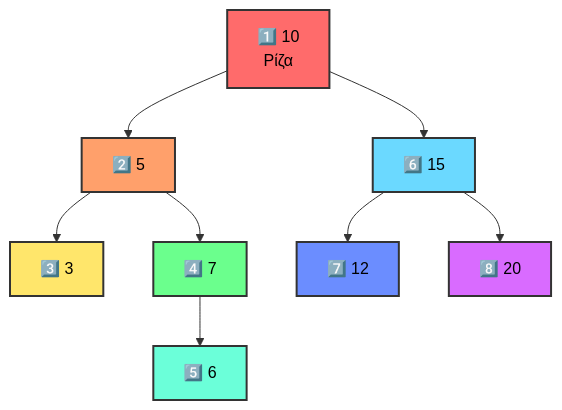
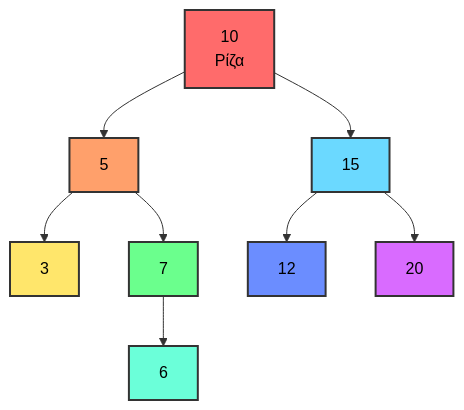
The second of 43 diagrams in Year_2/Semester_3/DSA_DATA_STRUCTURES_ALGORITHMS/Lectures/Binary_Trees.md (PanagopoulosNikolaos/DitOpenNotes), drawn with Mermaid before and after one commit. The commit also changed other lines of this file and 24 other files, not shown here.

````diff
--- a/Year_2/Semester_3/DSA_DATA_STRUCTURES_ALGORITHMS/Lectures/Binary_Trees.md
+++ b/Year_2/Semester_3/DSA_DATA_STRUCTURES_ALGORITHMS/Lectures/Binary_Trees.md
@@ -65,19 +65,19 @@
 ```mermaid
 graph TD
-    A["1️⃣ 10<br/>Ρίζα"] --> B["2️⃣ 5"]
-    A --> C["6️⃣ 15"]
-    B --> D["3️⃣ 3"]
-    B --> E["4️⃣ 7"]
-    E --> EA["5️⃣ 6"]
-    C --> F["7️⃣ 12"]
-    C --> G["8️⃣ 20"]
+    A[" 10<br/>Ρίζα"] --> B[" 5"]
+    A --> C[" 15"]
+    B --> D[" 3"]
+    B --> E[" 7"]
+    E --> EA[" 6"]
+    C --> F[" 12"]
+    C --> G[" 20"]
     
     style A fill:#ff6b6b,stroke:#333,stroke-width:2px,color:black
     style B fill:#ffa06b,stroke:#333,stroke-width:2px,color:black
     style D fill:#ffe66b,stroke:#333,stroke-width:2px,color:black
     style E fill:#6bff8d,stroke:#333,stroke-width:2px,color:black
     style EA fill:#6bffd9,stroke:#333,stroke-width:2px,color:black
     style C fill:#6bd9ff,stroke:#333,stroke-width:2px,color:black
     style F fill:#6b8dff,stroke:#333,stroke-width:2px,color:black
     style G fill:#d96bff,stroke:#333,stroke-width:2px,color:black
 ```
````
